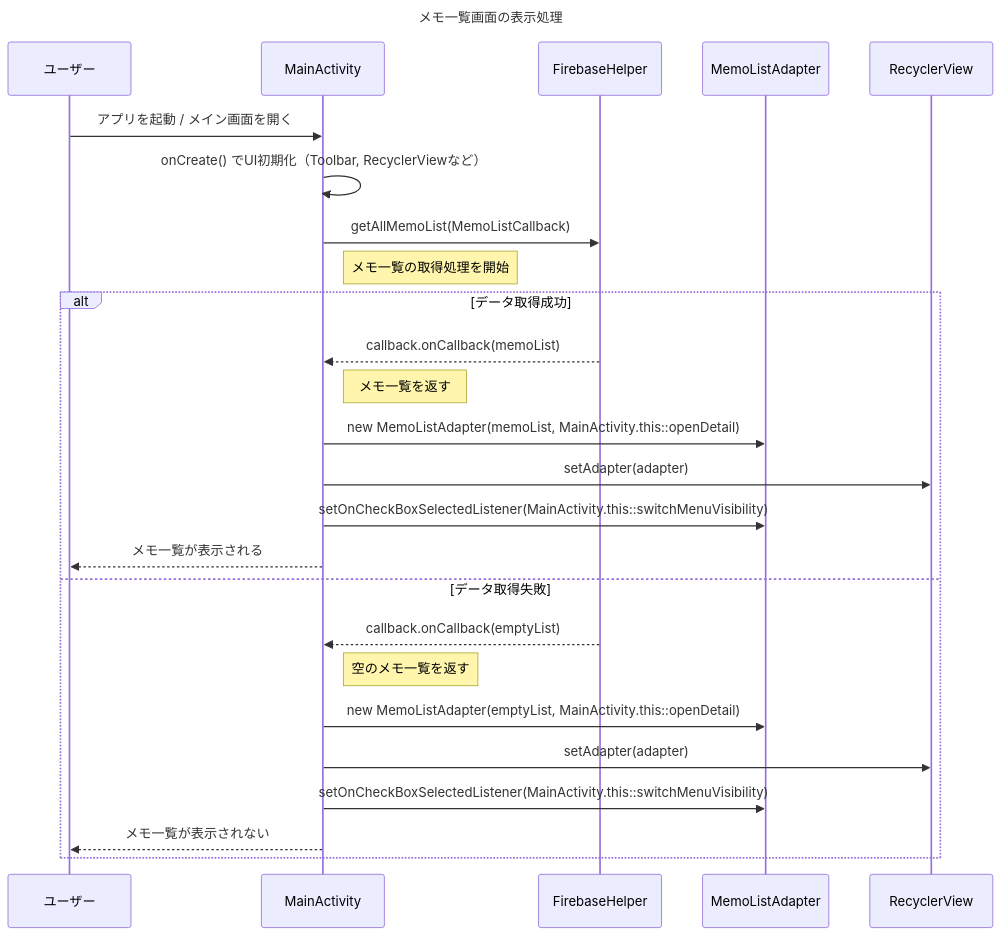
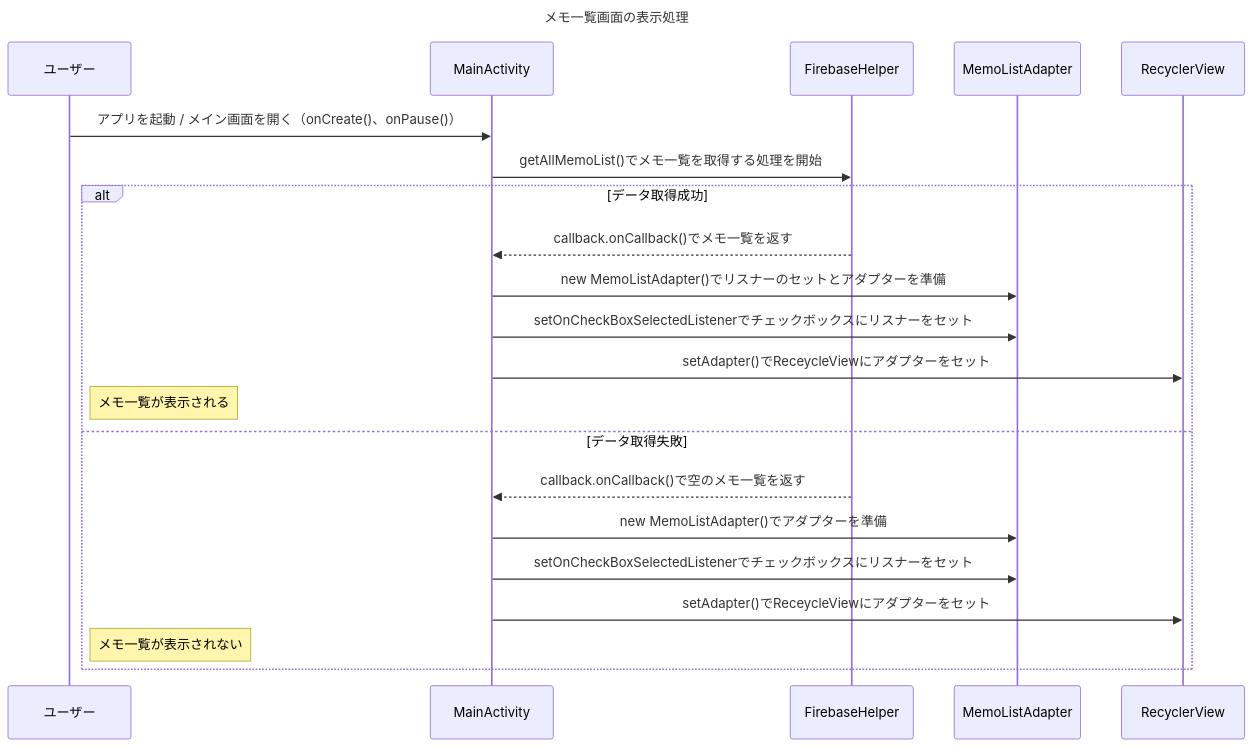
Before and after one commit to masu314/memo: the diagram in README.md, drawn with Mermaid. The commit also changed other lines of this file, not shown here.

````diff
--- a/README.md
+++ b/README.md
@@ -1,36 +1,31 @@
 ```mermaid
 sequenceDiagram
     title メモ一覧画面の表示処理
     
     participant User as ユーザー
     participant Main as MainActivity
     participant Firebase as FirebaseHelper
     participant Adapter as MemoListAdapter
     participant Recycler as RecyclerView
 
     %% --- 画面起動 ---
-    User ->> Main: アプリを起動 / メイン画面を開く
-    Main ->> Main: onCreate() でUI初期化（Toolbar, RecyclerViewなど）
+    User ->> Main: アプリを起動 / メイン画面を開く（onCreate()、onPause()）
 
     %% --- Firebaseからデータ取得 ---
-    Main->>Firebase: getAllMemoList(MemoListCallback)
-    Note right of Main: メモ一覧の取得処理を開始
+    Main->>Firebase: getAllMemoList()でメモ一覧を取得する処理を開始
 
     alt データ取得成功
-        Firebase-->>Main: callback.onCallback(memoList)
-
-        Note right of Main: メモ一覧を返す
-        Main->>Adapter: new MemoListAdapter(memoList, MainActivity.this::openDetail)
-        Main->>Recycler: setAdapter(adapter)
-        Main->>Adapter: setOnCheckBoxSelectedListener(MainActivity.this::switchMenuVisibility)
-        Main -->> User: メモ一覧が表示される
+        Firebase-->>Main: callback.onCallback()でメモ一覧を返す
+        Main->>Adapter: new MemoListAdapter()でリスナーのセットとアダプターを準備
+        Main->>Adapter: setOnCheckBoxSelectedListenerでチェックボックスにリスナーをセット
+        Main->>Recycler: setAdapter()でReceycleViewにアダプターをセット
+        note right of User: メモ一覧が表示される
 
     else データ取得失敗
-        Firebase-->>Main: callback.onCallback(emptyList)
-        Note right of Main: 空のメモ一覧を返す
-        Main->>Adapter: new MemoListAdapter(emptyList, MainActivity.this::openDetail)
-        Main->>Recycler: setAdapter(adapter)
-        Main->>Adapter: setOnCheckBoxSelectedListener(MainActivity.this::switchMenuVisibility)
-        Main -->> User: メモ一覧が表示されない
+        Firebase-->>Main: callback.onCallback()で空のメモ一覧を返す
+        Main->>Adapter: new MemoListAdapter()でアダプターを準備
+        Main->>Adapter: setOnCheckBoxSelectedListenerでチェックボックスにリスナーをセット
+        Main->>Recycler: setAdapter()でReceycleViewにアダプターをセット
+        note right of User: メモ一覧が表示されない
     end
 ```
````
